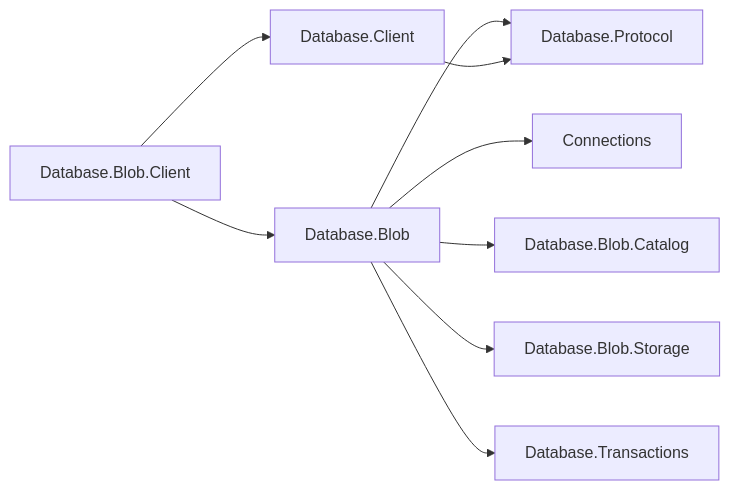
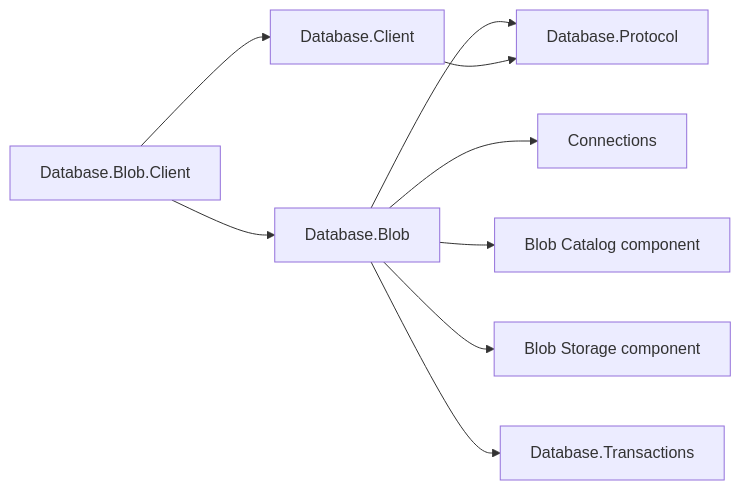
Before and after one commit to assimalign/cohesion: the first of 7 diagrams in resources/Database/Assimalign.Cohesion.Database.Blob/docs/DESIGN.md, drawn with Mermaid. The commit also changed other lines of this file and 33 other files, not shown here.

Commit message:
refactor(database): fold Blob catalog and storage into the Blob engine

````diff
--- a/resources/Database/Assimalign.Cohesion.Database.Blob/docs/DESIGN.md
+++ b/resources/Database/Assimalign.Cohesion.Database.Blob/docs/DESIGN.md
@@ -23,11 +30,11 @@
 ```mermaid
 flowchart LR
     Client["Database.Blob.Client"] --> Blob["Database.Blob"]
     Client --> SharedClient["Database.Client"]
     Blob --> Protocol["Database.Protocol"]
     SharedClient --> Protocol
     Blob --> Connections["Connections"]
-    Blob --> Catalog["Database.Blob.Catalog"]
-    Blob --> Storage["Database.Blob.Storage"]
+    Blob --> Catalog["Blob Catalog component"]
+    Blob --> Storage["Blob Storage component"]
     Blob --> Transactions["Database.Transactions"]
 ```
````
